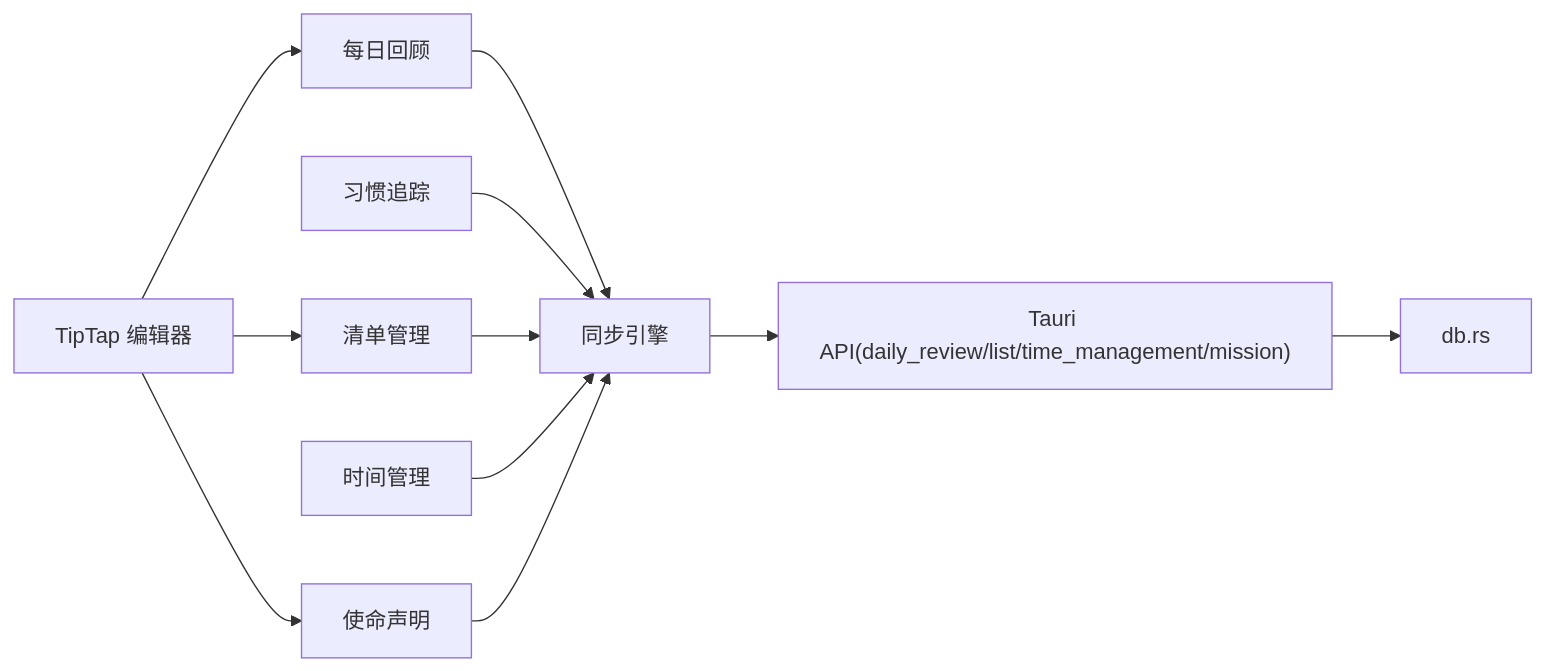
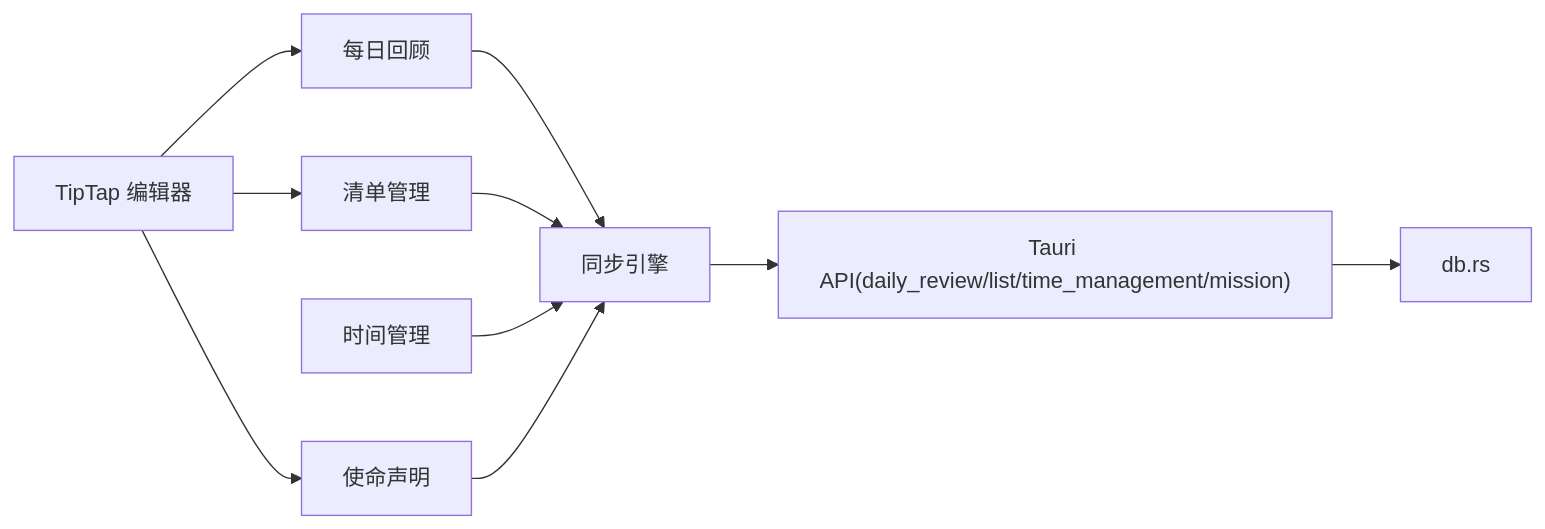
Before and after one commit to gzdxhujiale/FishWorker: the eighth of 8 diagrams in .qoder/repowiki/zh/content/项目概述/核心功能概览.md, drawn with Mermaid. The commit also changed other lines of this file and 36 other files, not shown here.

````diff
--- a/.qoder/repowiki/zh/content/项目概述/核心功能概览.md
+++ b/.qoder/repowiki/zh/content/项目概述/核心功能概览.md
@@ -550,13 +489,12 @@
 ```mermaid
 graph LR
 DR["每日回顾"] --> SYNC["同步引擎"]
-HAB["习惯追踪"] --> SYNC
 LST["清单管理"] --> SYNC
 TM["时间管理"] --> SYNC
 MIS["使命声明"] --> SYNC
 TIP["TipTap 编辑器"] --> DR
 TIP --> LST
 TIP --> MIS
 SYNC --> API["Tauri API(daily_review/list/time_management/mission)"]
 API --> DB["db.rs"]
 ```
````
